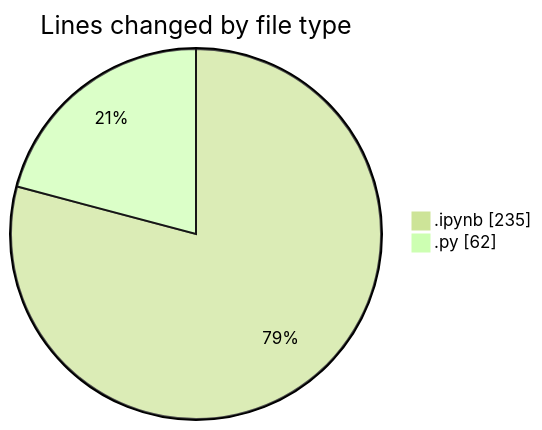
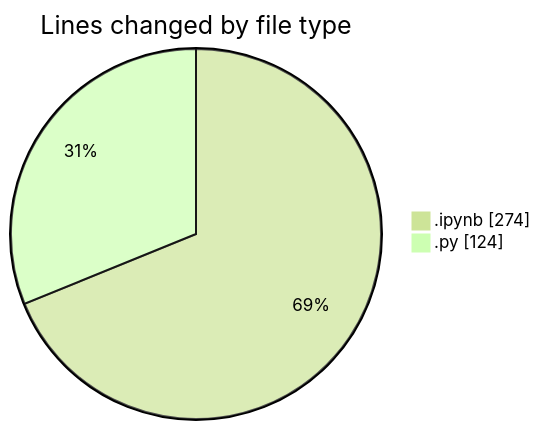
The first of 2 diagrams in 2026-02-08/fondamentals/README.md (hasnaa123/code-tracking), drawn with Mermaid (forest theme) before and after one commit. The commit also changed other lines of this file and 1 other file, not shown here.

````diff
--- a/2026-02-08/fondamentals/README.md
+++ b/2026-02-08/fondamentals/README.md
@@ -22,6 +23,6 @@
 ```mermaid
 pie showData
 title Lines changed by file type
-".ipynb" : 235
-".py" : 62
+".ipynb" : 274
+".py" : 124
 ```
````
